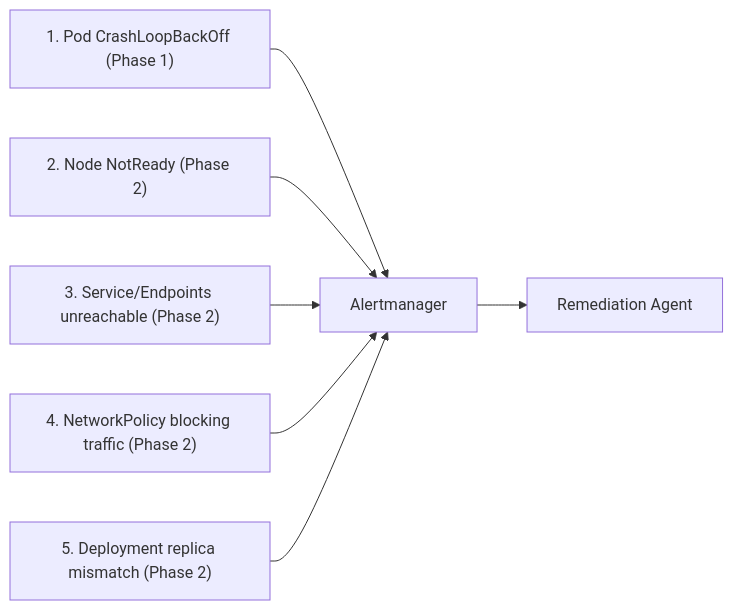
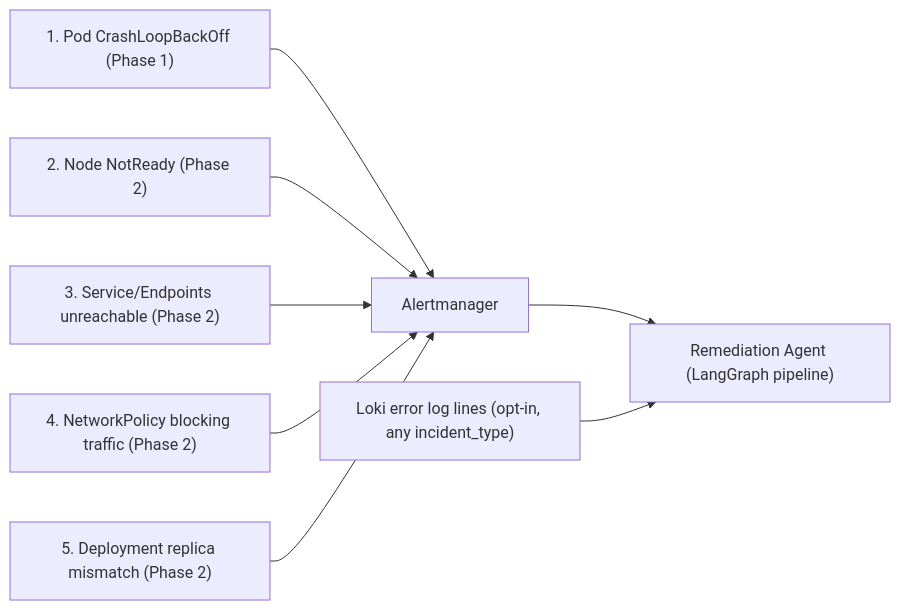
One commit to pushpesh-pant-ness/capstart changed the sixth of 6 diagrams in project/diagram.md. Above: the diagram before and after it, drawn with Mermaid. The commit also changed other lines of this file, not shown here.

Commit message:
Enhance architecture diagram and documentation for agentic AI system

````diff
--- a/project/diagram.md
+++ b/project/diagram.md
@@ -92,9 +213,10 @@
 ```mermaid
 flowchart LR
     A1["1. Pod CrashLoopBackOff (Phase 1)"] --> AM["Alertmanager"]
     A2["2. Node NotReady (Phase 2)"] --> AM
     A3["3. Service/Endpoints unreachable (Phase 2)"] --> AM
     A4["4. NetworkPolicy blocking traffic (Phase 2)"] --> AM
     A5["5. Deployment replica mismatch (Phase 2)"] --> AM
-    AM --> Agent["Remediation Agent"]
+    AM --> Agent["Remediation Agent (LangGraph pipeline)"]
+    LOKI["Loki error log lines (opt-in, any incident_type)"] --> Agent
 ```
````
